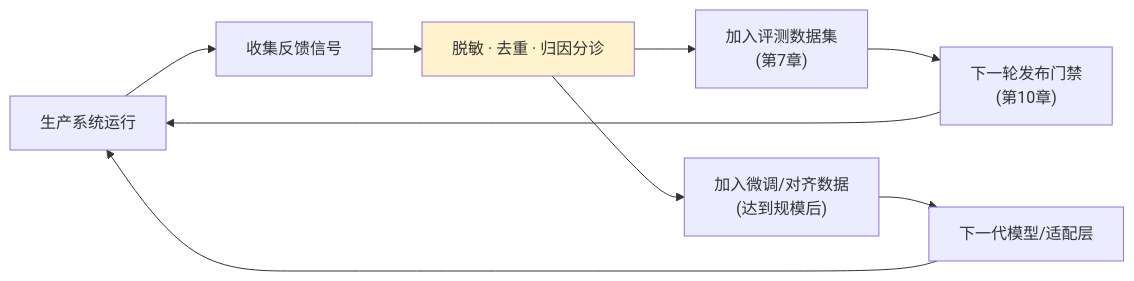
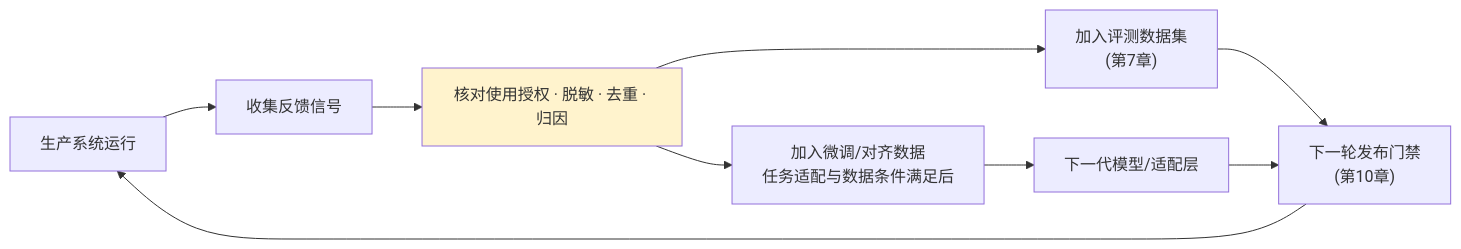
One commit to oneleaveknowsthefall/awesome-ai-roadmap changed the first of 2 diagrams in docs/engineering/06-performance-operations/13-feedback-loop-data-flywheel.md. Above: the diagram before and after it, drawn with Mermaid. The commit also changed other lines of this file and 27 other files, not shown here.

````diff
--- a/docs/engineering/06-performance-operations/13-feedback-loop-data-flywheel.md
+++ b/docs/engineering/06-performance-operations/13-feedback-loop-data-flywheel.md
@@ -11,13 +11,13 @@
 ```mermaid
 flowchart LR
     PROD["生产系统运行"] --> SIGNAL["收集反馈信号"]
-    SIGNAL --> TRIAGE["脱敏 · 去重 · 归因分诊"]
+    SIGNAL --> TRIAGE["核对使用授权 · 脱敏 · 去重 · 归因"]
     TRIAGE --> EVALSET["加入评测数据集<br/>(第7章)"]
-    TRIAGE --> FINETUNE["加入微调/对齐数据<br/>(达到规模后)"]
+    TRIAGE --> FINETUNE["加入微调/对齐数据<br/>任务适配与数据条件满足后"]
     EVALSET --> RELEASE["下一轮发布门禁<br/>(第10章)"]
     FINETUNE --> MODEL["下一代模型/适配层"]
     RELEASE --> PROD
-    MODEL --> PROD
+    MODEL --> RELEASE
 
     style TRIAGE fill:#fff3cd
 ```
````
